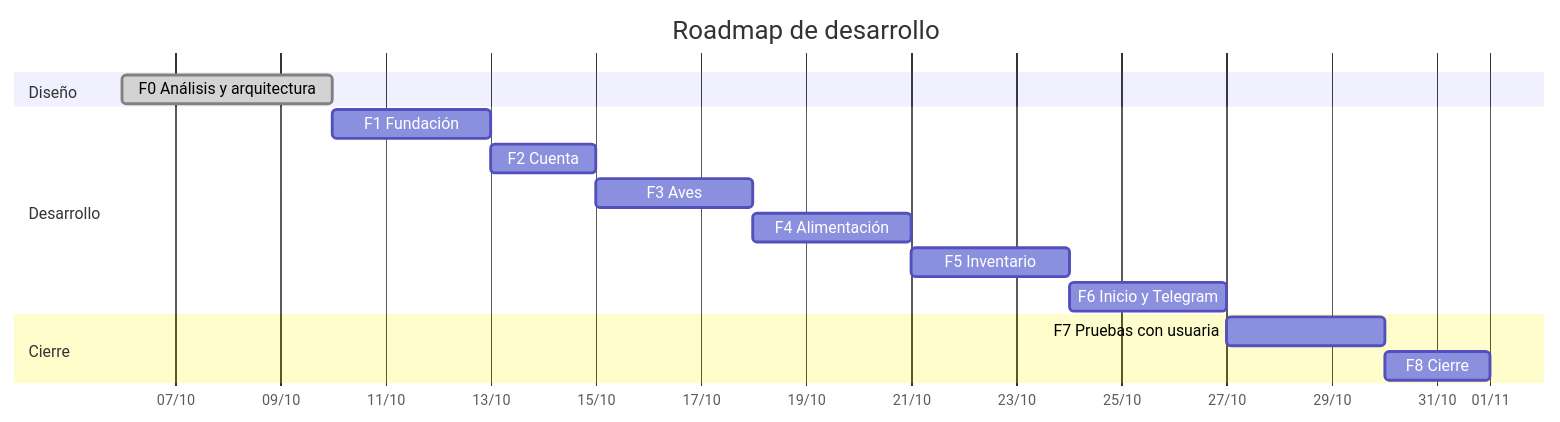
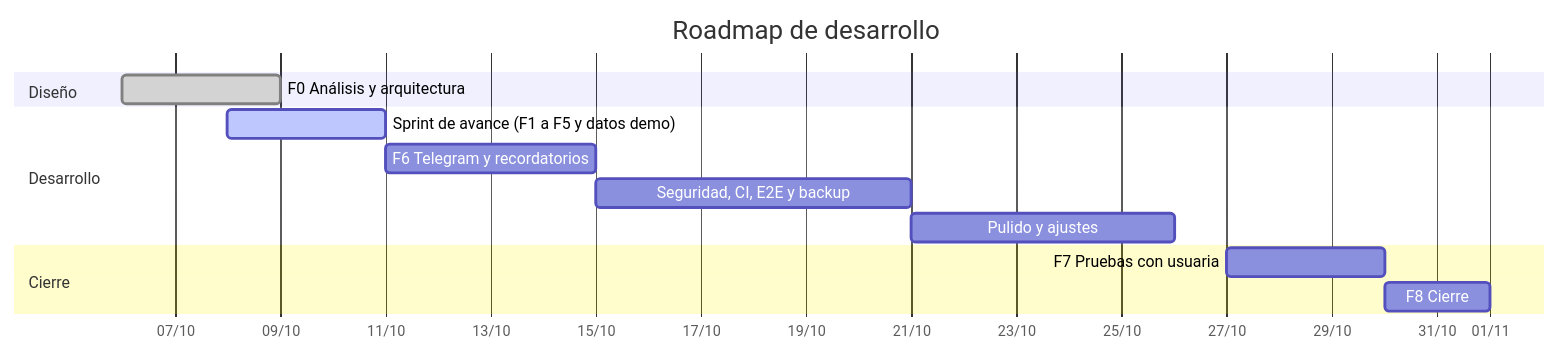
One commit to Valki11/Plumita changed the diagram in docs/roadmap.md. Above: the diagram before and after it, drawn with Mermaid. The commit also changed other lines of this file, not shown here.

Commit message:
docs(roadmap): sprint de avance del 8 al 10 de octubre

````diff
--- a/docs/roadmap.md
+++ b/docs/roadmap.md
@@ -5,18 +5,16 @@
 ```mermaid
 gantt
     title Roadmap de desarrollo
     dateFormat YYYY-MM-DD
     axisFormat %d/%m
     section Diseño
-    F0 Análisis y arquitectura :done, f0, 2026-10-06, 4d
+    F0 Análisis y arquitectura :done, f0, 2026-10-06, 3d
     section Desarrollo
-    F1 Fundación            :f1, 2026-10-10, 3d
-    F2 Cuenta               :f2, 2026-10-13, 2d
-    F3 Aves                 :f3, 2026-10-15, 3d
-    F4 Alimentación         :f4, 2026-10-18, 3d
-    F5 Inventario           :f5, 2026-10-21, 3d
-    F6 Inicio y Telegram    :f6, 2026-10-24, 3d
+    Sprint de avance (F1 a F5 y datos demo) :active, sp, 2026-10-08, 3d
+    F6 Telegram y recordatorios :f6, 2026-10-11, 4d
+    Seguridad, CI, E2E y backup :seg, 2026-10-15, 6d
+    Pulido y ajustes :pul, 2026-10-21, 5d
     section Cierre
     F7 Pruebas con usuaria  :f7, 2026-10-27, 3d
     F8 Cierre               :f8, 2026-10-30, 2d
 ```
````
